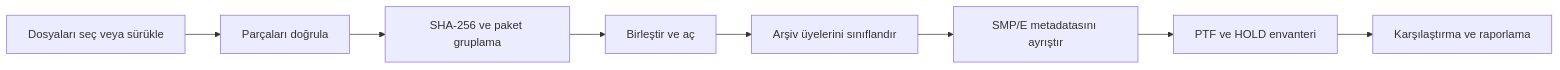
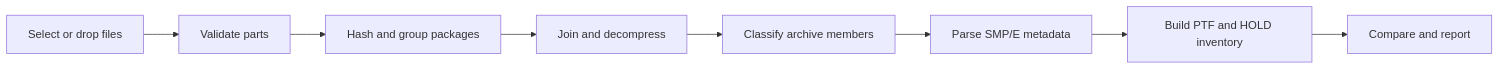
One commit to kritoaincrad/smpe-ptf-package-analyzer changed the diagram in README.md. Above: the diagram before and after it, drawn with Mermaid. The commit also changed other lines of this file and 3 other files, not shown here.

````diff
--- a/README.md
+++ b/README.md
@@ -43,10 +41,10 @@
 ```mermaid
 flowchart LR
-    A[Dosyaları seç veya sürükle] --> B[Parçaları doğrula]
-    B --> C[SHA-256 ve paket gruplama]
-    C --> D[Birleştir ve aç]
-    D --> E[Arşiv üyelerini sınıflandır]
-    E --> F[SMP/E metadatasını ayrıştır]
-    F --> G[PTF ve HOLD envanteri]
-    G --> H[Karşılaştırma ve raporlama]
+    A[Select or drop files] --> B[Validate parts]
+    B --> C[Hash and group packages]
+    C --> D[Join and decompress]
+    D --> E[Classify archive members]
+    E --> F[Parse SMP/E metadata]
+    F --> G[Build PTF and HOLD inventory]
+    G --> H[Compare and report]
 ```
````
